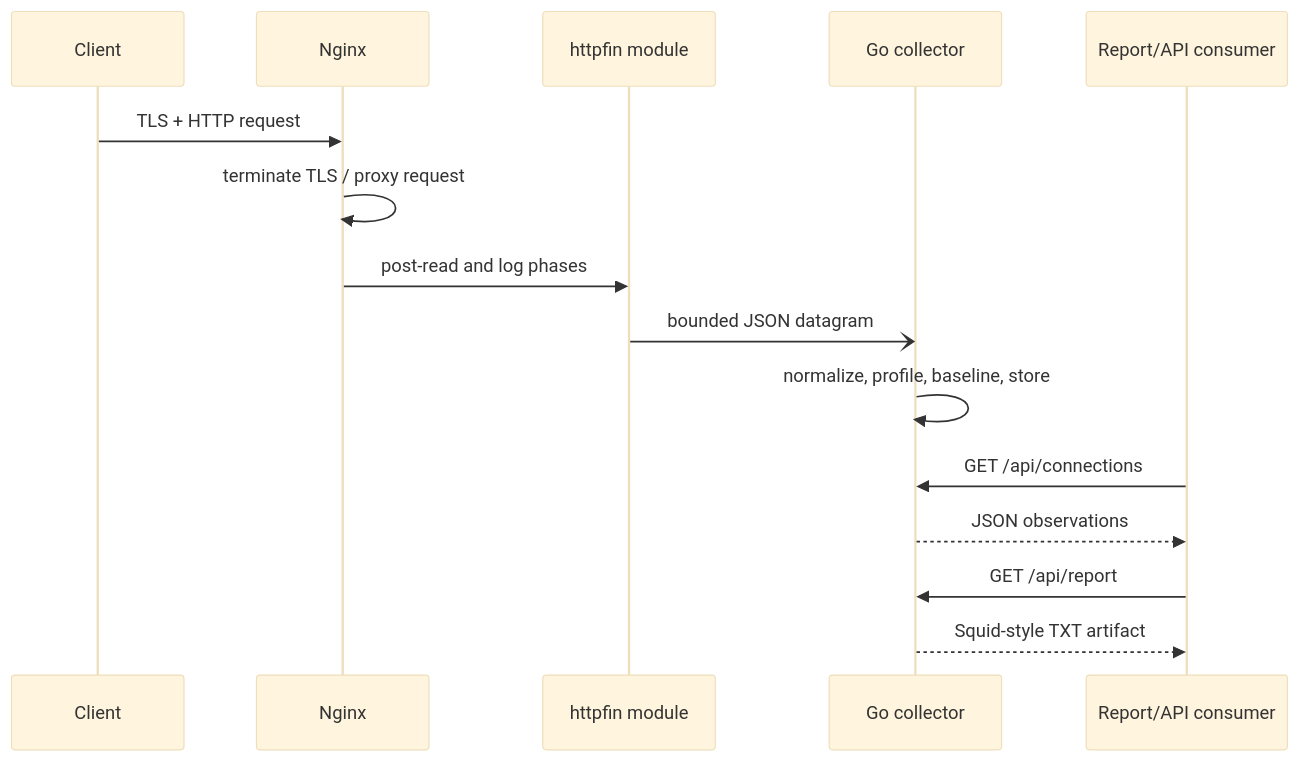
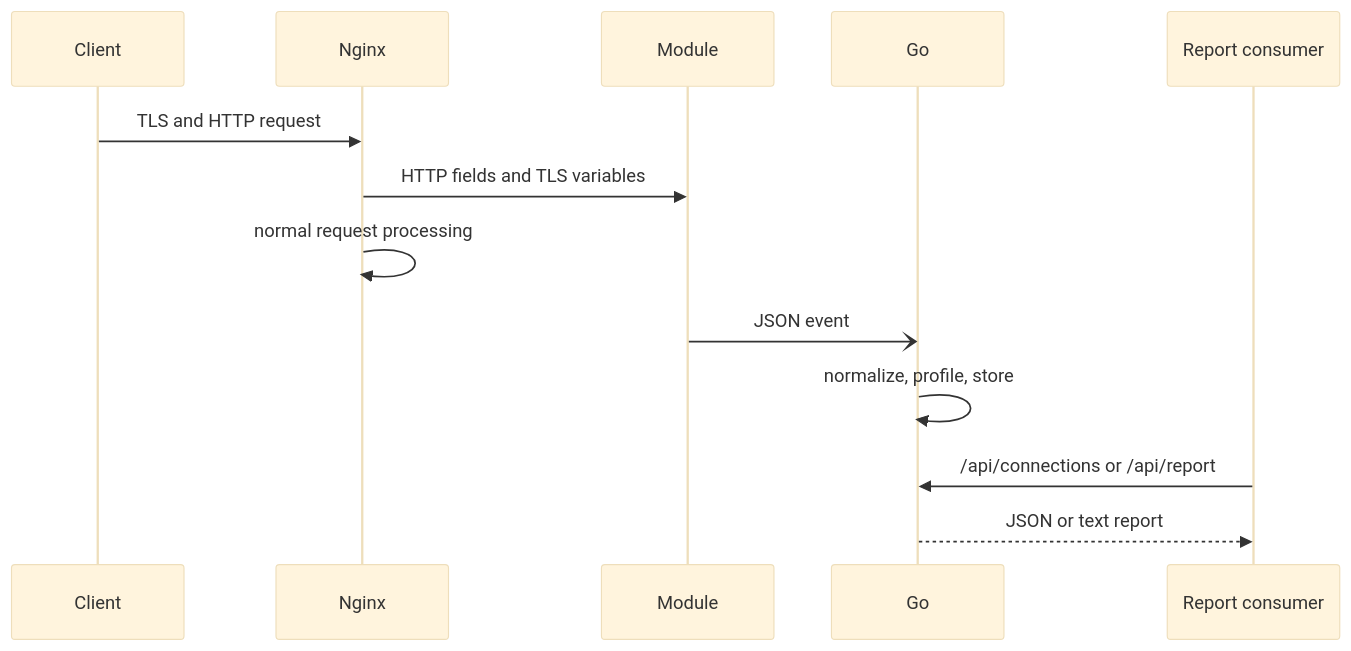
Before and after one commit to rbelshevitz/httpfin: the second of 2 diagrams in docs/ARCHITECTURE.md, drawn with Mermaid (base theme). The commit also changed other lines of this file and 1 other file, not shown here.

Commit message:
Simplify architecture documentation

````diff
--- a/docs/ARCHITECTURE.md
+++ b/docs/ARCHITECTURE.md
@@ -79,18 +89,16 @@
 ```mermaid
 sequenceDiagram
     participant C as Client
     participant N as Nginx
-    participant M as httpfin module
-    participant G as Go collector
-    participant R as Report/API consumer
+    participant M as Module
+    participant G as Go
+    participant U as Report consumer
 
-    C->>N: TLS + HTTP request
-    N->>N: terminate TLS / proxy request
-    N->>M: post-read and log phases
-    M-)G: bounded JSON datagram
-    G->>G: normalize, profile, baseline, store
-    R->>G: GET /api/connections
-    G-->>R: JSON observations
-    R->>G: GET /api/report
-    G-->>R: Squid-style TXT artifact
+    C->>N: TLS and HTTP request
+    N->>M: HTTP fields and TLS variables
+    N->>N: normal request processing
+    M-)G: JSON event
+    G->>G: normalize, profile, store
+    U->>G: /api/connections or /api/report
+    G-->>U: JSON or text report
 ```
````
